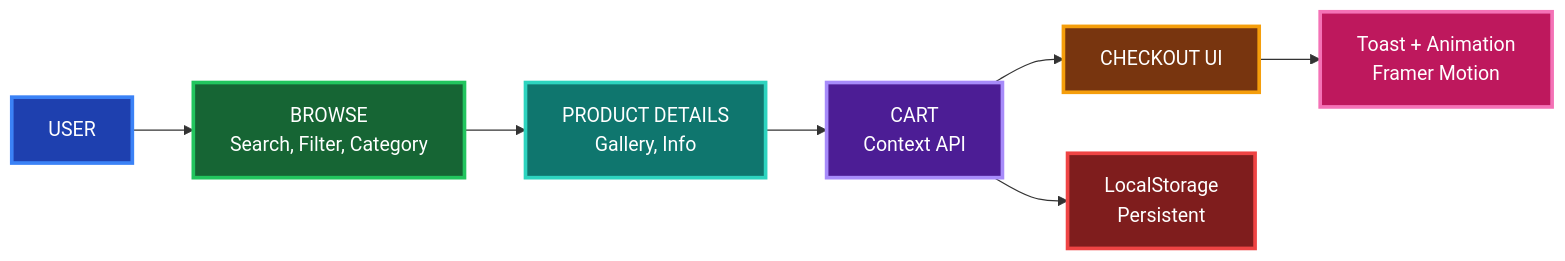
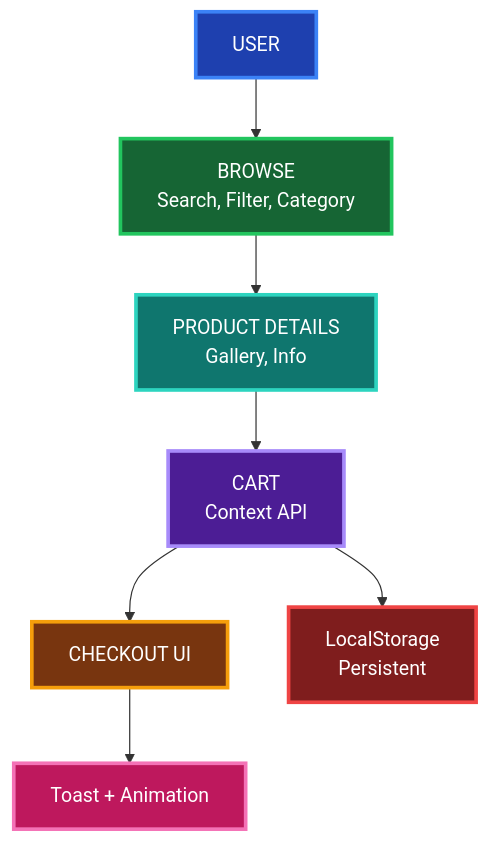
The second of 2 diagrams in README.md (omar-khatab/E-commerce), drawn with Mermaid before and after one commit. The commit also changed other lines of this file and 1 other file, not shown here.

Commit message:
fix: user journey mermaid from LR to TB to prevent clipping

````diff
--- a/README.md
+++ b/README.md
@@ -98,17 +96,25 @@
 ```mermaid
-flowchart LR
-    U["USER"] --> B["BROWSE<br>Search, Filter, Category"]
-    B --> P["PRODUCT DETAILS<br>Gallery, Info"]
-    P --> C["CART<br>Context API"]
-    C --> CK["CHECKOUT UI"]
-    C --> LS2["LocalStorage<br>Persistent"]
-    CK --> Toast["Toast + Animation<br>Framer Motion"]
+flowchart TB
+    U["USER"]
+    B["BROWSE<br>Search, Filter, Category"]
+    P["PRODUCT DETAILS<br>Gallery, Info"]
+    C["CART<br>Context API"]
+    CK["CHECKOUT UI"]
+    LS2["LocalStorage<br>Persistent"]
+    Toast["Toast + Animation"]
+
+    U --> B
+    B --> P
+    P --> C
+    C --> CK
+    C --> LS2
+    CK --> Toast
 
     style U fill:#1E40AF,stroke:#3B82F6,color:#FFFFFF,stroke-width:3px
     style B fill:#166534,stroke:#22C55E,color:#FFFFFF,stroke-width:3px
     style P fill:#0F766E,stroke:#2DD4BF,color:#FFFFFF,stroke-width:3px
     style C fill:#4C1D95,stroke:#A78BFA,color:#FFFFFF,stroke-width:3px
     style CK fill:#78350F,stroke:#F59E0B,color:#FFFFFF,stroke-width:3px
     style LS2 fill:#7F1D1D,stroke:#EF4444,color:#FFFFFF,stroke-width:3px
     style Toast fill:#BE185D,stroke:#F472B6,color:#FFFFFF,stroke-width:3px
 ```
````
